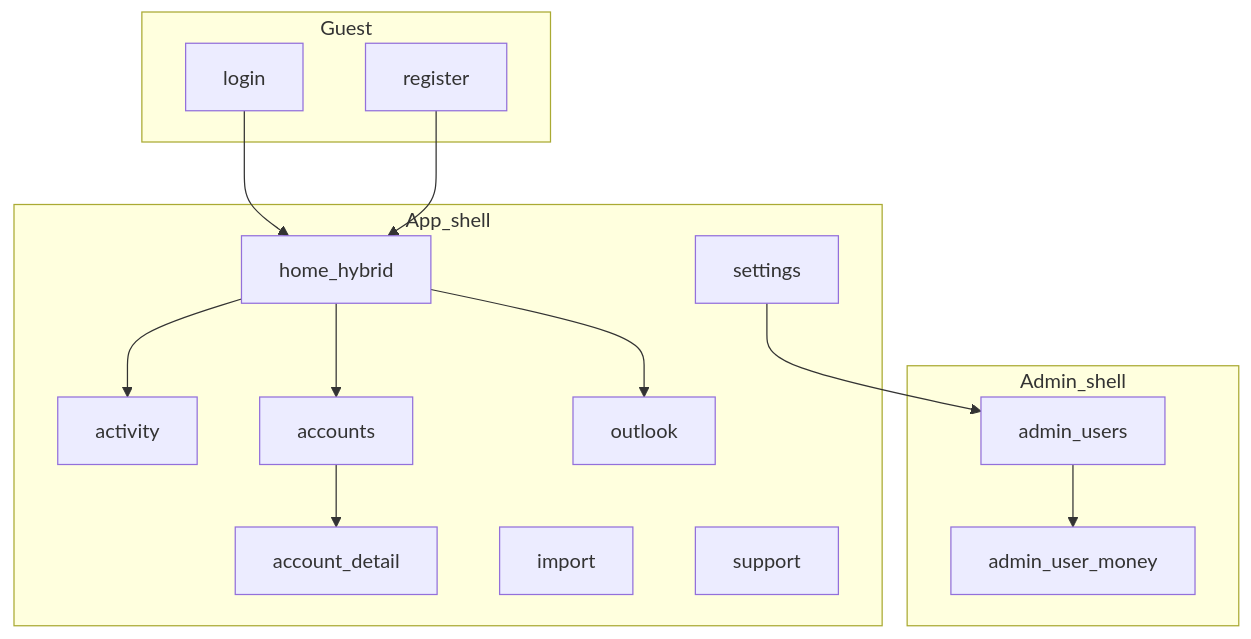
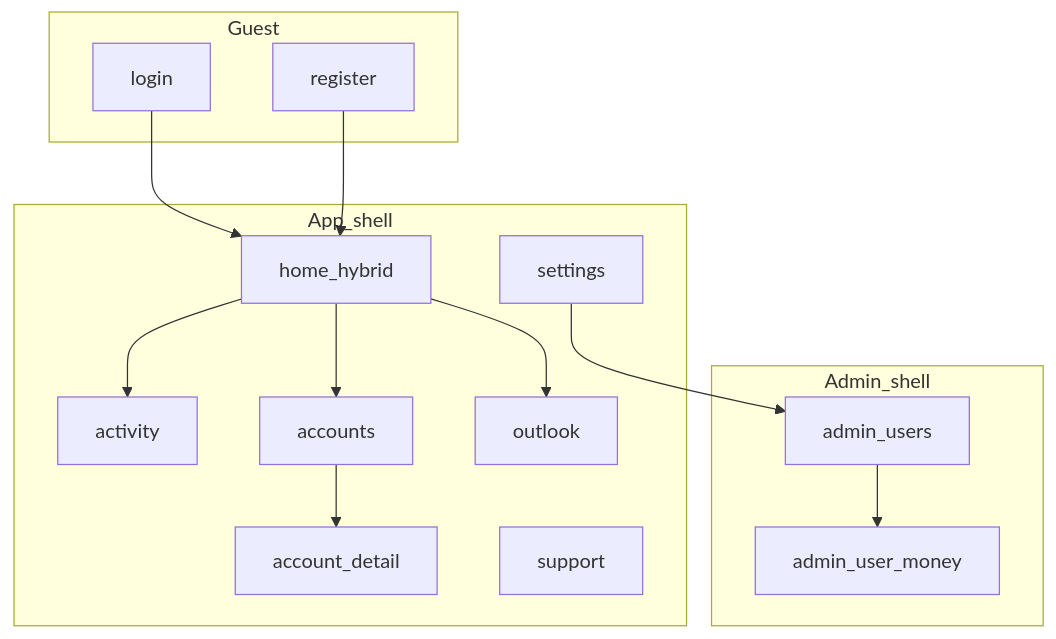
The diagram in docs/plans/ui-ux.md (omidfarhang/finance-omid-dev), drawn with Mermaid before and after one commit. The commit also changed other lines of this file and 24 other files, not shown here.

````diff
--- a/docs/plans/ui-ux.md
+++ b/docs/plans/ui-ux.md
@@ -82,29 +81,28 @@
 ```mermaid
 flowchart TB
   subgraph guest [Guest]
     login[login]
     register[register]
   end
   subgraph app [App_shell]
     home[home_hybrid]
     activity[activity]
     accounts[accounts]
     accountDetail[account_detail]
-    importPage[import]
     outlook[outlook]
     settings[settings]
     support[support]
   end
   subgraph adminShell [Admin_shell]
     adminHome[admin_users]
     adminUser[admin_user_money]
   end
   login --> home
   register --> home
   home --> activity
   home --> accounts
   home --> outlook
   accounts --> accountDetail
   settings --> adminHome
   adminHome --> adminUser
 ```
````
